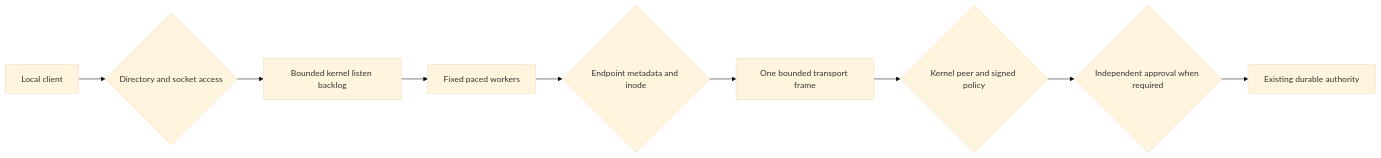
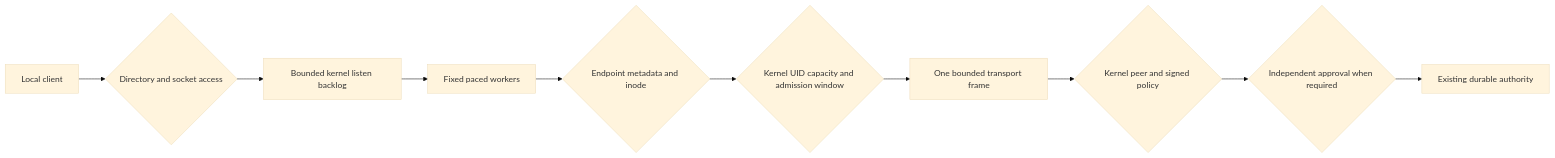
The first of 2 diagrams in docs/v5/LOCAL_AUTHORITY_SERVER.md (duggytuxy/syswarden), drawn with Mermaid (base theme) before and after one commit. The commit also changed other lines of this file and 12 other files, not shown here.

````diff
--- a/docs/v5/LOCAL_AUTHORITY_SERVER.md
+++ b/docs/v5/LOCAL_AUTHORITY_SERVER.md
@@ -57,11 +57,12 @@
 ```mermaid
 flowchart LR
     C[Local client] --> D{Directory and socket access}
     D --> Q[Bounded kernel listen backlog]
     Q --> W[Fixed paced workers]
     W --> M{Endpoint metadata and inode}
-    M --> T[One bounded transport frame]
+    M --> R{Kernel UID capacity and admission window}
+    R --> T[One bounded transport frame]
     T --> A{Kernel peer and signed policy}
     A --> P{Independent approval when required}
     P --> J[Existing durable authority]
 ```
````
